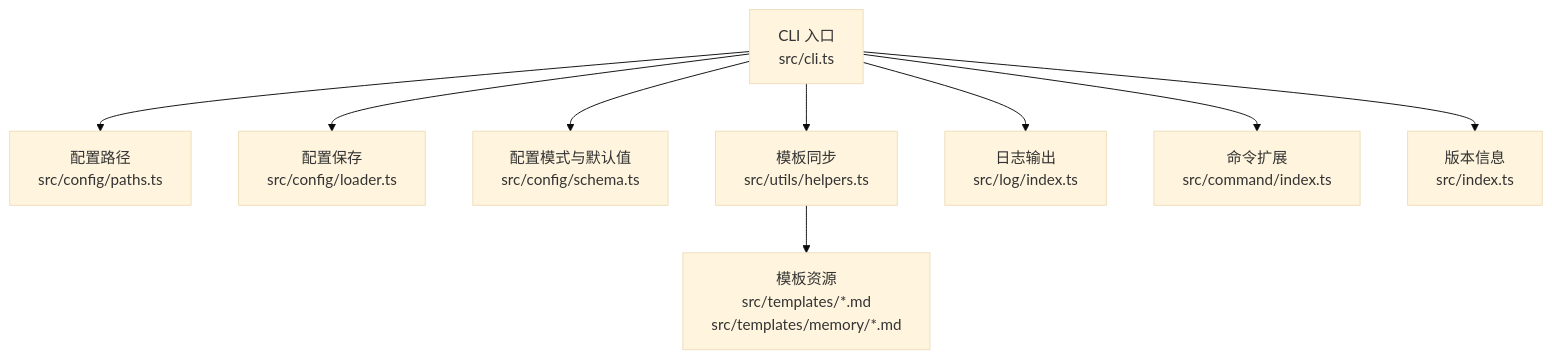
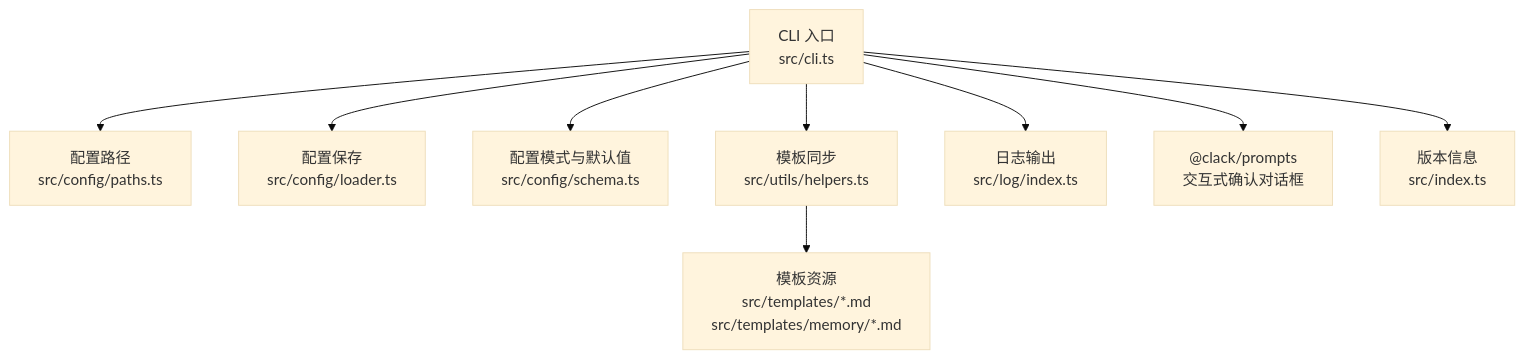
One commit to neciszhang/batbot changed the first of 4 diagrams in .qoder/repowiki/zh/content/命令参考手册/初始化命令 (onboard).md. Above: the diagram before and after it, drawn with Mermaid (base theme). The commit also changed other lines of this file and 7 other files, not shown here.

````diff
--- a/.qoder/repowiki/zh/content/命令参考手册/初始化命令 (onboard).md
+++ b/.qoder/repowiki/zh/content/命令参考手册/初始化命令 (onboard).md
@@ -47,11 +54,11 @@
 ```mermaid
 graph TB
 CLI["CLI 入口<br/>src/cli.ts"] --> Paths["配置路径<br/>src/config/paths.ts"]
 CLI --> Loader["配置保存<br/>src/config/loader.ts"]
 CLI --> Schema["配置模式与默认值<br/>src/config/schema.ts"]
 CLI --> Utils["模板同步<br/>src/utils/helpers.ts"]
 CLI --> Log["日志输出<br/>src/log/index.ts"]
+CLI --> Clack["@clack/prompts<br/>交互式确认对话框"]
 Utils --> Templates["模板资源<br/>src/templates/*.md<br/>src/templates/memory/*.md"]
-CLI --> Cmd["命令扩展<br/>src/command/index.ts"]
 CLI --> Ver["版本信息<br/>src/index.ts"]
 ```
````
